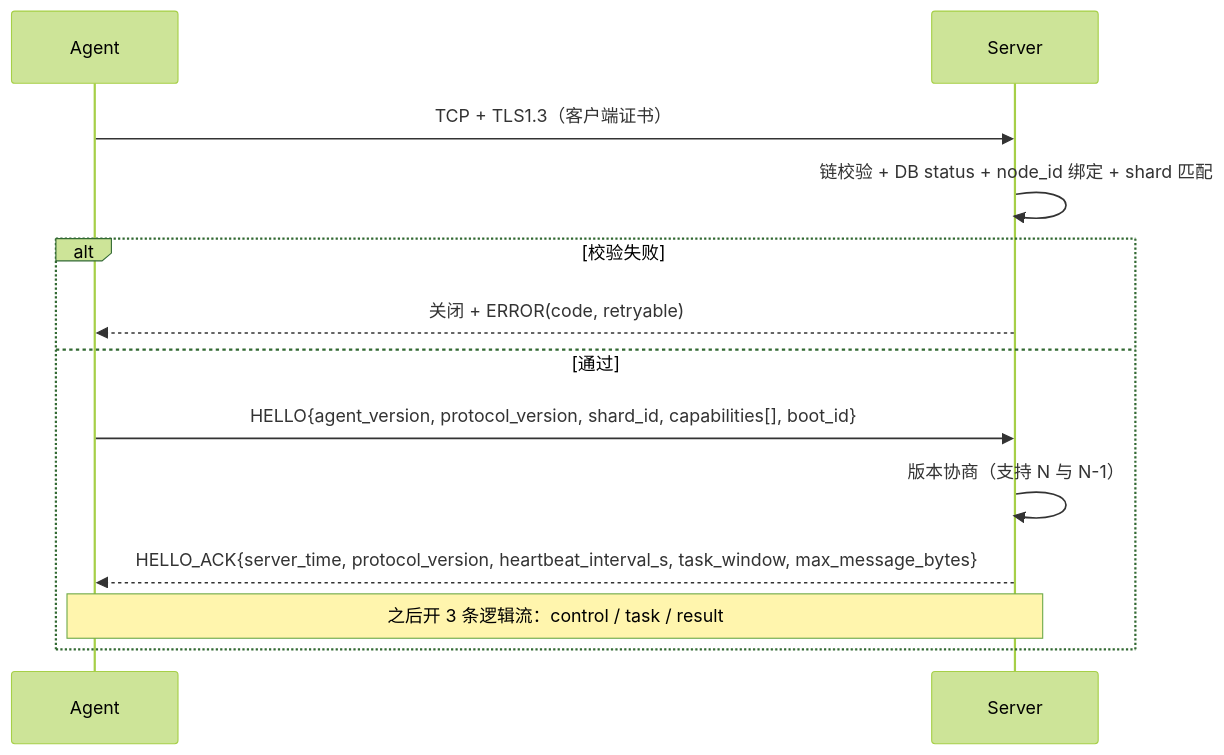
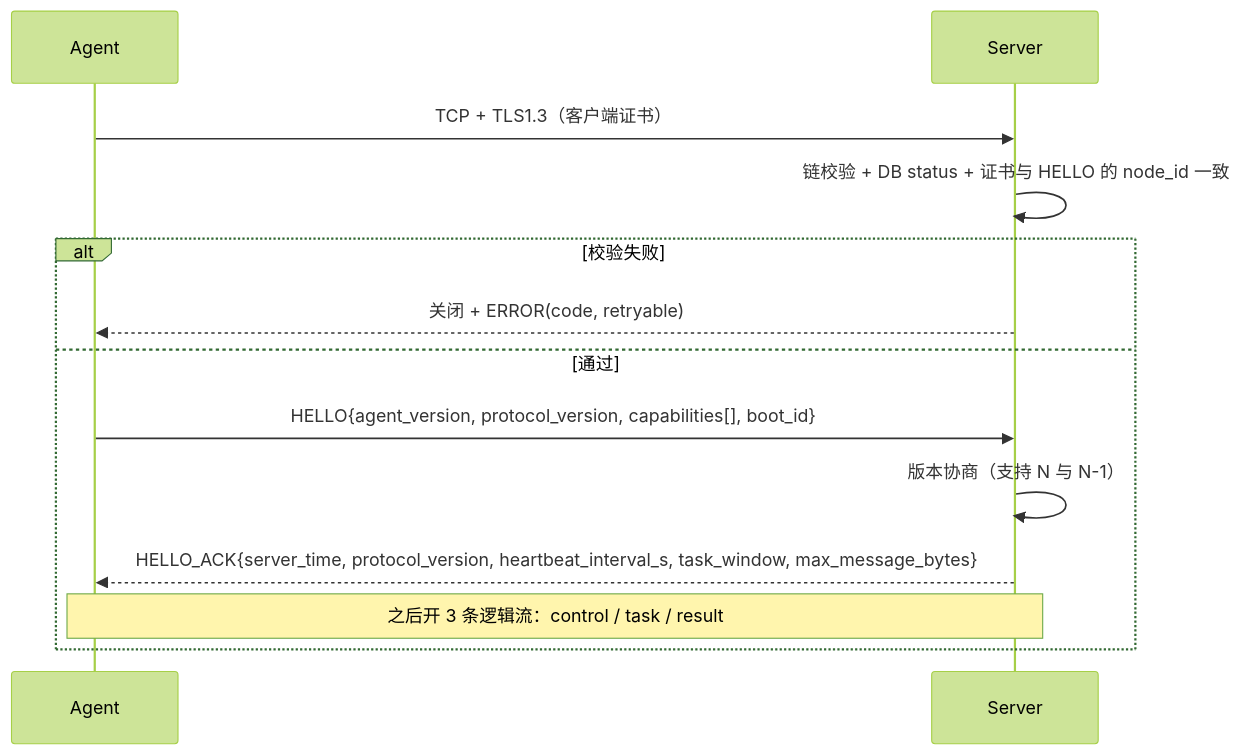
The first of 2 diagrams in docs/02-研发线/03-开发工程师/Agent-Server通信协议.md (lnsyyj/winter), drawn with Mermaid (forest theme) before and after one commit. The commit also changed other lines of this file and 10 other files, not shown here.

````diff
--- a/docs/02-研发线/03-开发工程师/Agent-Server通信协议.md
+++ b/docs/02-研发线/03-开发工程师/Agent-Server通信协议.md
@@ -45,16 +45,16 @@
 ```mermaid
 sequenceDiagram
     participant A as Agent
     participant S as Server
 
     A->>S: TCP + TLS1.3（客户端证书）
-    S->>S: 链校验 + DB status + node_id 绑定 + shard 匹配
+    S->>S: 链校验 + DB status + 证书与 HELLO 的 node_id 一致
     alt 校验失败
         S-->>A: 关闭 + ERROR(code, retryable)
     else 通过
-        A->>S: HELLO{agent_version, protocol_version, shard_id, capabilities[], boot_id}
+        A->>S: HELLO{agent_version, protocol_version, capabilities[], boot_id}
         S->>S: 版本协商（支持 N 与 N-1）
         S-->>A: HELLO_ACK{server_time, protocol_version, heartbeat_interval_s, task_window, max_message_bytes}
         Note over A,S: 之后开 3 条逻辑流：control / task / result
     end
 ```
````
